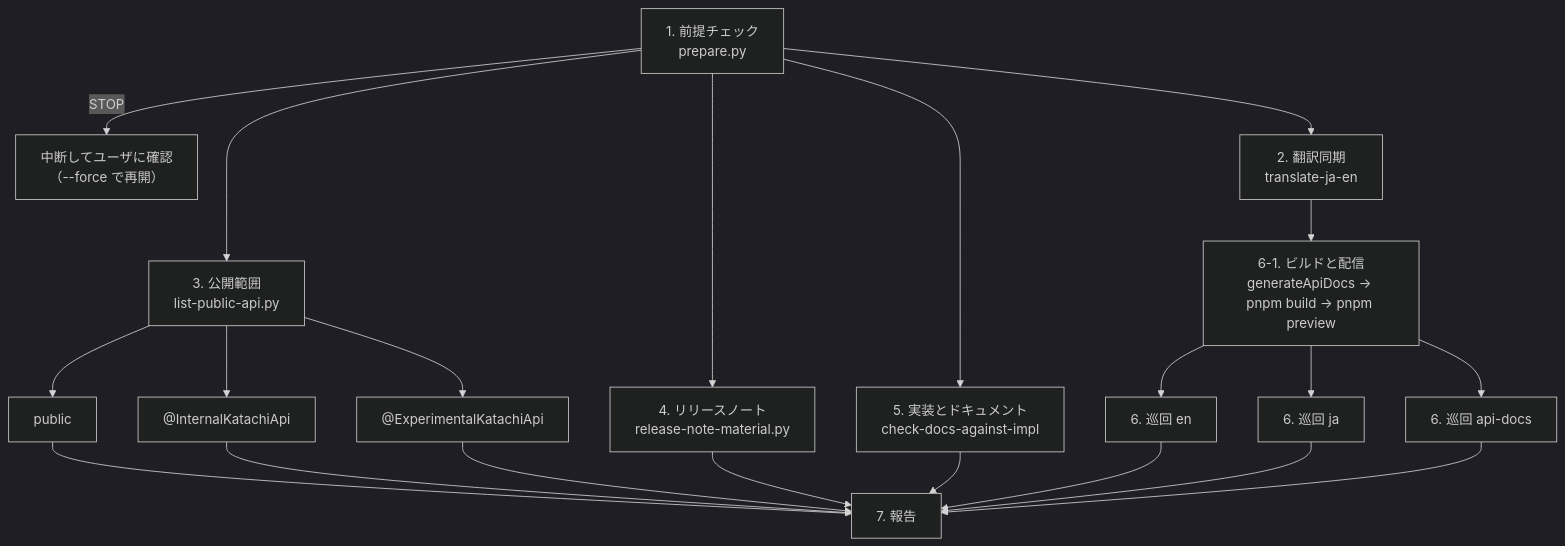
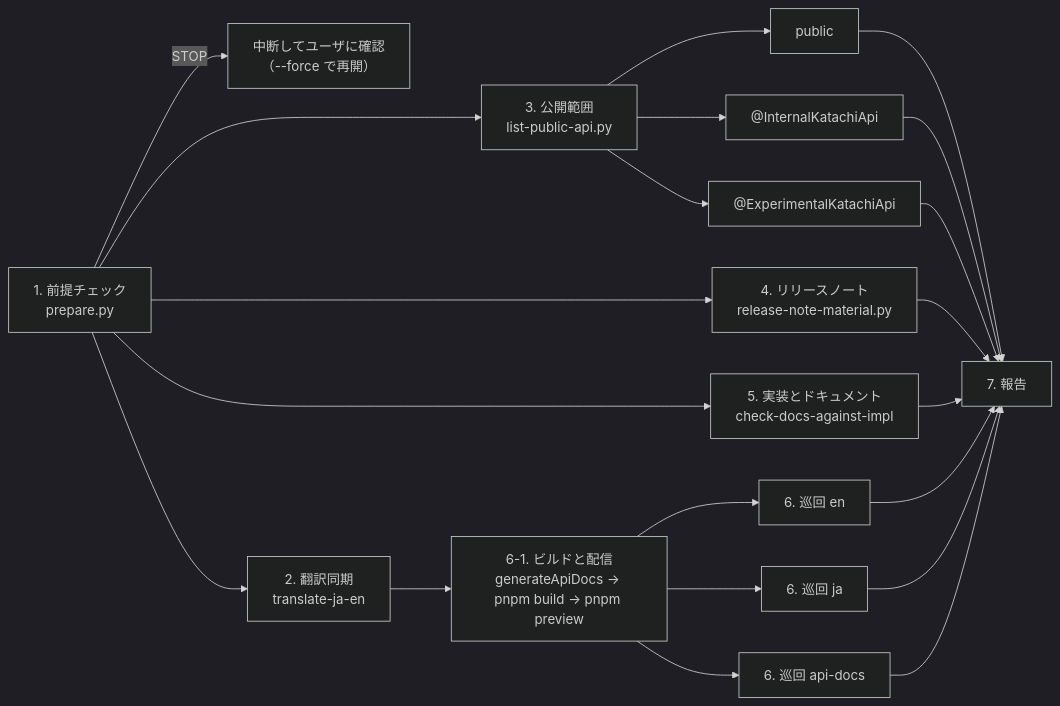
One commit to TBSten/katachi changed the diagram in .claude/skills/prerelease/SKILL.md. Above: the diagram before and after it, drawn with Mermaid (dark theme). The commit also changed other lines of this file, not shown here.

Commit message:
chore: ドキュメント等微調整

````diff
--- a/.claude/skills/prerelease/SKILL.md
+++ b/.claude/skills/prerelease/SKILL.md
@@ -19,15 +19,12 @@
 ```mermaid
-flowchart TD
-    P["1. 前提チェック<br/>prepare.py"] -- "STOP" --> Ask["中断してユーザに確認<br/>（--force で再開）"]
+flowchart LR
+    P["1. 前提チェック<br/>prepare.py"] -- " STOP " --> Ask["中断してユーザに確認<br/>（--force で再開）"]
     P --> T["2. 翻訳同期<br/>translate-ja-en"]
     P --> V["3. 公開範囲<br/>list-public-api.py"]
     P --> R["4. リリースノート<br/>release-note-material.py"]
     P --> D["5. 実装とドキュメント<br/>check-docs-against-impl"]
-
     V --> V1["public"] & V2["@InternalKatachiApi"] & V3["@ExperimentalKatachiApi"]
-
     T --> B["6-1. ビルドと配信<br/>generateApiDocs → pnpm build → pnpm preview"]
     B --> C1["6. 巡回 en"] & C2["6. 巡回 ja"] & C3["6. 巡回 api-docs"]
-
     V1 & V2 & V3 & R & D & C1 & C2 & C3 --> Rep["7. 報告"]
 ```
````
